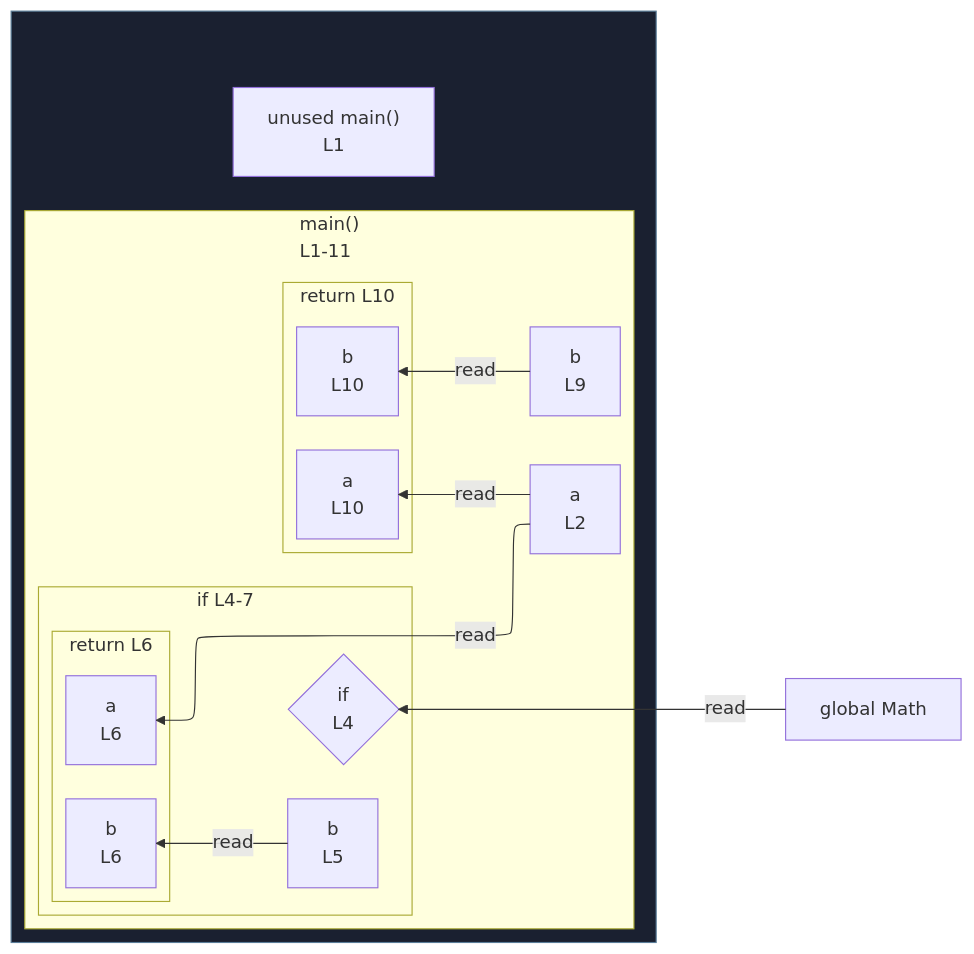
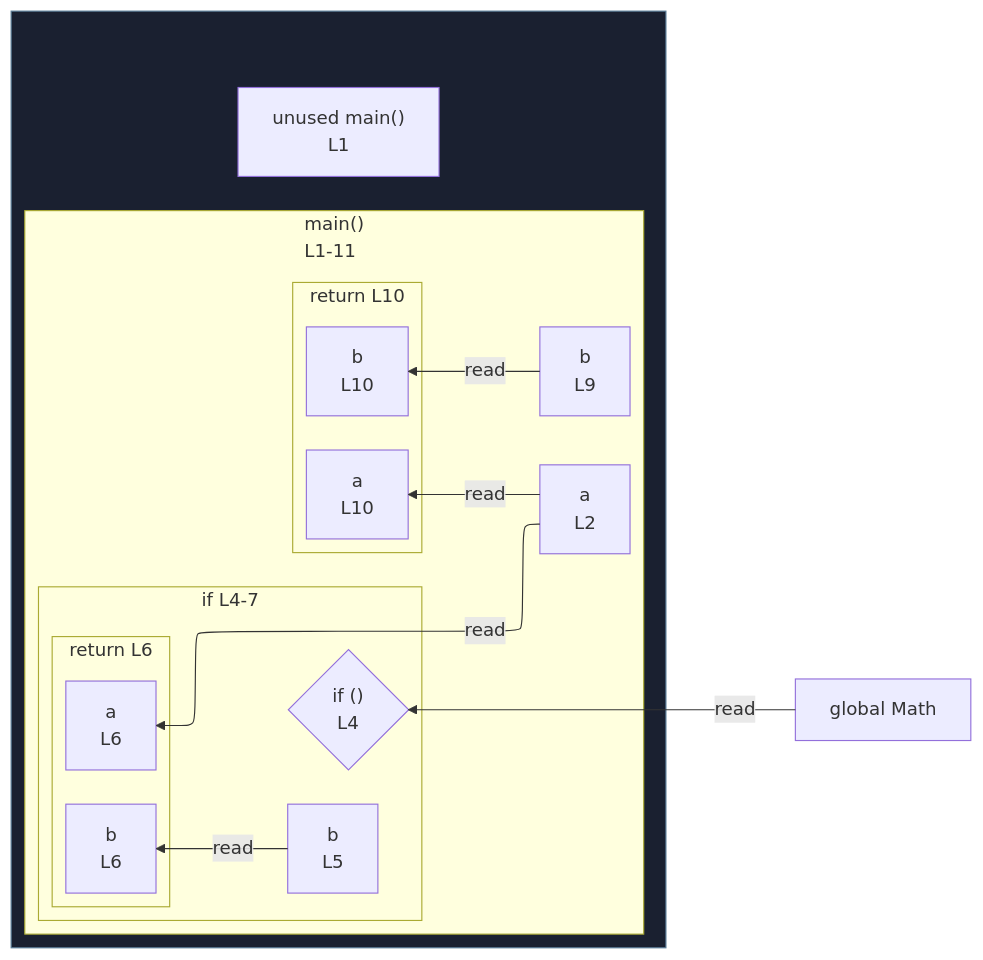
One commit to crescware/unsnarl changed the diagram in integration/fixtures/function-multi-return-shorthand/preview.md. Above: the diagram before and after it, drawn with Mermaid. The commit also changed 20 other files, not shown here.

First line of the commit message:
Format loop / if test anchors as `if ()` / `while ()` / etc. in Mermaid

````diff
--- a/integration/fixtures/function-multi-return-shorthand/preview.md
+++ b/integration/fixtures/function-multi-return-shorthand/preview.md
@@ -21,36 +21,36 @@
 ```mermaid
 %%{init: {"flowchart": {"defaultRenderer": "elk"}}}%%
 flowchart RL
   n_scope_0_Math_42["global Math"]
   subgraph wrap_s_scope_1[" "]
     direction TB
     n_scope_0_main_9["unused main()<br/>L1"]
     subgraph s_scope_1["main()<br/>L1-11"]
       direction RL
       n_scope_1_a_26["a<br/>L2"]
       n_scope_1_b_119["b<br/>L9"]
       subgraph s_scope_2["if L4-7"]
         direction RL
-        if_test_scope_1_38{"if<br/>L4"}
+        if_test_scope_1_38{"if ()<br/>L4"}
         n_scope_2_b_75["b<br/>L5"]
         subgraph s_return_scope_0_main_9_89_105["return L6"]
           direction RL
           ret_use_ref_1["a<br/>L6"]
           ret_use_ref_2["b<br/>L6"]
         end
       end
       subgraph s_return_scope_0_main_9_131_147["return L10"]
         direction RL
         ret_use_ref_3["a<br/>L10"]
         ret_use_ref_4["b<br/>L10"]
       end
     end
   end
   n_scope_0_Math_42 -->|read| if_test_scope_1_38
   n_scope_1_a_26 -->|read| ret_use_ref_1
   n_scope_2_b_75 -->|read| ret_use_ref_2
   n_scope_1_a_26 -->|read| ret_use_ref_3
   n_scope_1_b_119 -->|read| ret_use_ref_4
   classDef fnWrap fill:#1a2030,stroke:#5a7d99;
   class wrap_s_scope_1 fnWrap;
 ```
````
